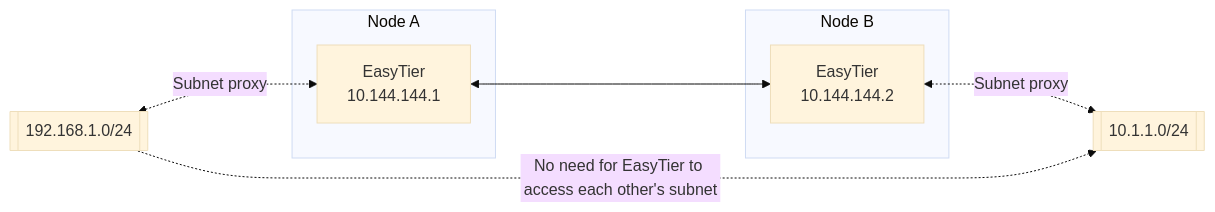
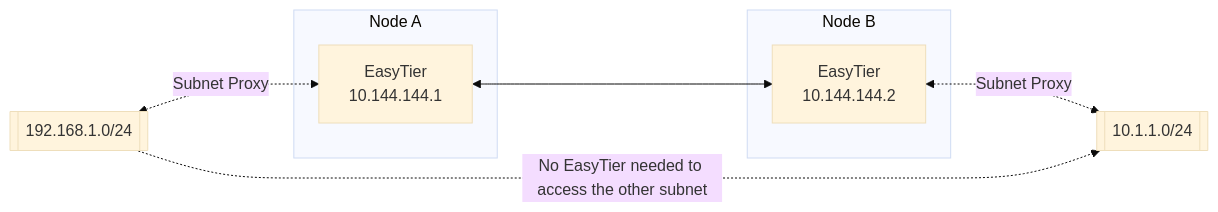
One commit to EasyTier/easytier.github.io changed the diagram in en/guide/network/network-to-network.md. Above: the diagram before and after it, drawn with Mermaid (base theme). The commit also changed other lines of this file and 38 other files, not shown here.

````diff
--- a/en/guide/network/network-to-network.md
+++ b/en/guide/network/network-to-network.md
@@ -5,20 +5,20 @@
 ```mermaid
 flowchart LR
 
 subgraph Node A
-nodeA[EasyTier\n10.144.144.1]
+nodeA[EasyTier</br>10.144.144.1]
 end
 
 subgraph Node B
-nodeB[EasyTier\n10.144.144.2]
+nodeB[EasyTier</br>10.144.144.2]
 end
 
 id1[[10.1.1.0/24]]
 
 id2[[192.168.1.0/24]]
 
-id2 <-.Subnet proxy.-> nodeA <--> nodeB <-.Subnet proxy.-> id1
+id2 <-.Subnet Proxy.-> nodeA <--> nodeB <-.Subnet Proxy.-> id1
 
-id2 -.No need for EasyTier to access each other's subnet.-> id1
+id2 -.No EasyTier needed to access the other subnet.-> id1
 
 ```
````
